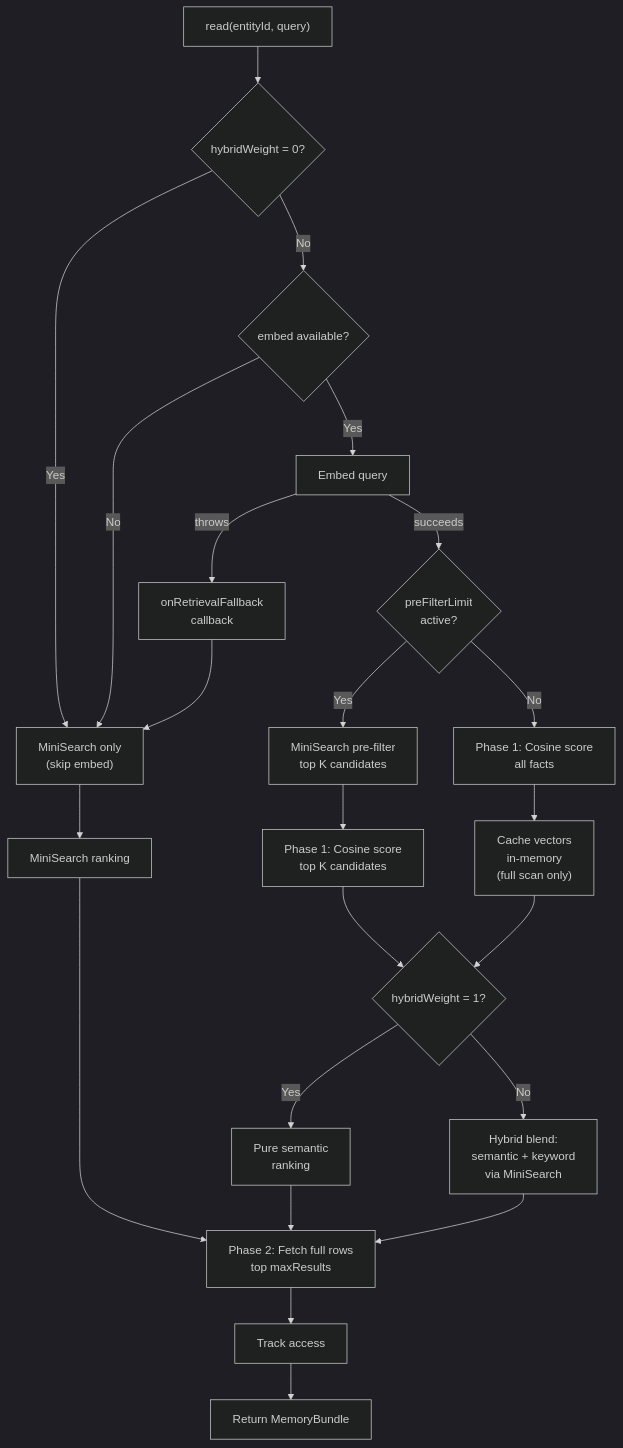
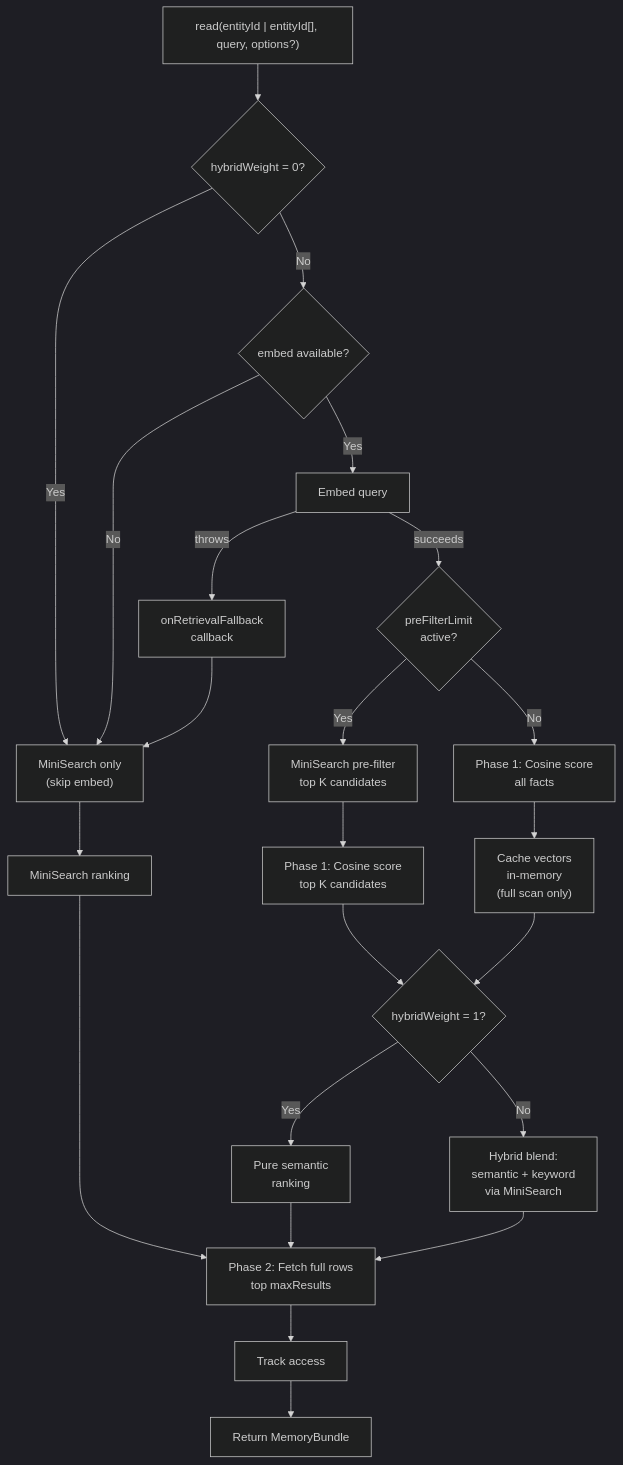
One commit to equationalapplications/expo-llm-wiki changed the second of 2 diagrams in packages/expo/README.md. Above: the diagram before and after it, drawn with Mermaid (dark theme). The commit also changed other lines of this file and 1 other file, not shown here.

Commit message:
docs: add includeZeroWeightEntities info and multi-entity feature bullet in expo/react READMEs

````diff
--- a/packages/expo/README.md
+++ b/packages/expo/README.md
@@ -220,25 +234,25 @@
 ```mermaid
 flowchart TD
-    A["read(entityId, query)"] --> B{hybridWeight = 0?}
+    A["read(entityId | entityId[], query, options?)"] --> B{hybridWeight = 0?}
     B -->|Yes| C["MiniSearch only<br/>(skip embed)"]
     B -->|No| D{embed available?}
     D -->|No| C
     D -->|Yes| F["Embed query"]
     F -->|throws| E["onRetrievalFallback<br/>callback"]
     E --> C
     F -->|succeeds| G{preFilterLimit<br/>active?}
     G -->|Yes| H["MiniSearch pre-filter<br/>top K candidates"]
     H --> I["Phase 1: Cosine score<br/>top K candidates"]
     G -->|No| J["Phase 1: Cosine score<br/>all facts"]
     J --> K["Cache vectors<br/>in-memory<br/>(full scan only)"]
     K --> L{hybridWeight = 1?}
     I --> L
     L -->|Yes| M["Pure semantic<br/>ranking"]
     L -->|No| N["Hybrid blend:<br/>semantic + keyword<br/>via MiniSearch"]
     M --> O["Phase 2: Fetch full rows<br/>top maxResults"]
     N --> O
     C --> P["MiniSearch ranking"]
     P --> O
     O --> R["Track access"]
     R --> Q["Return MemoryBundle"]
 ```
````
